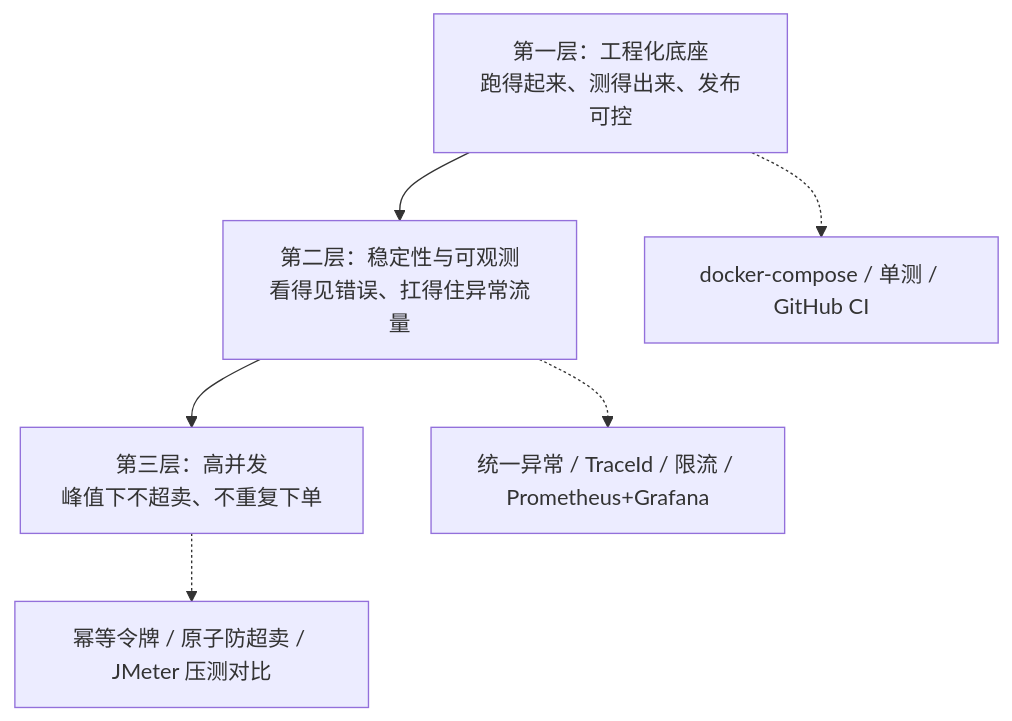
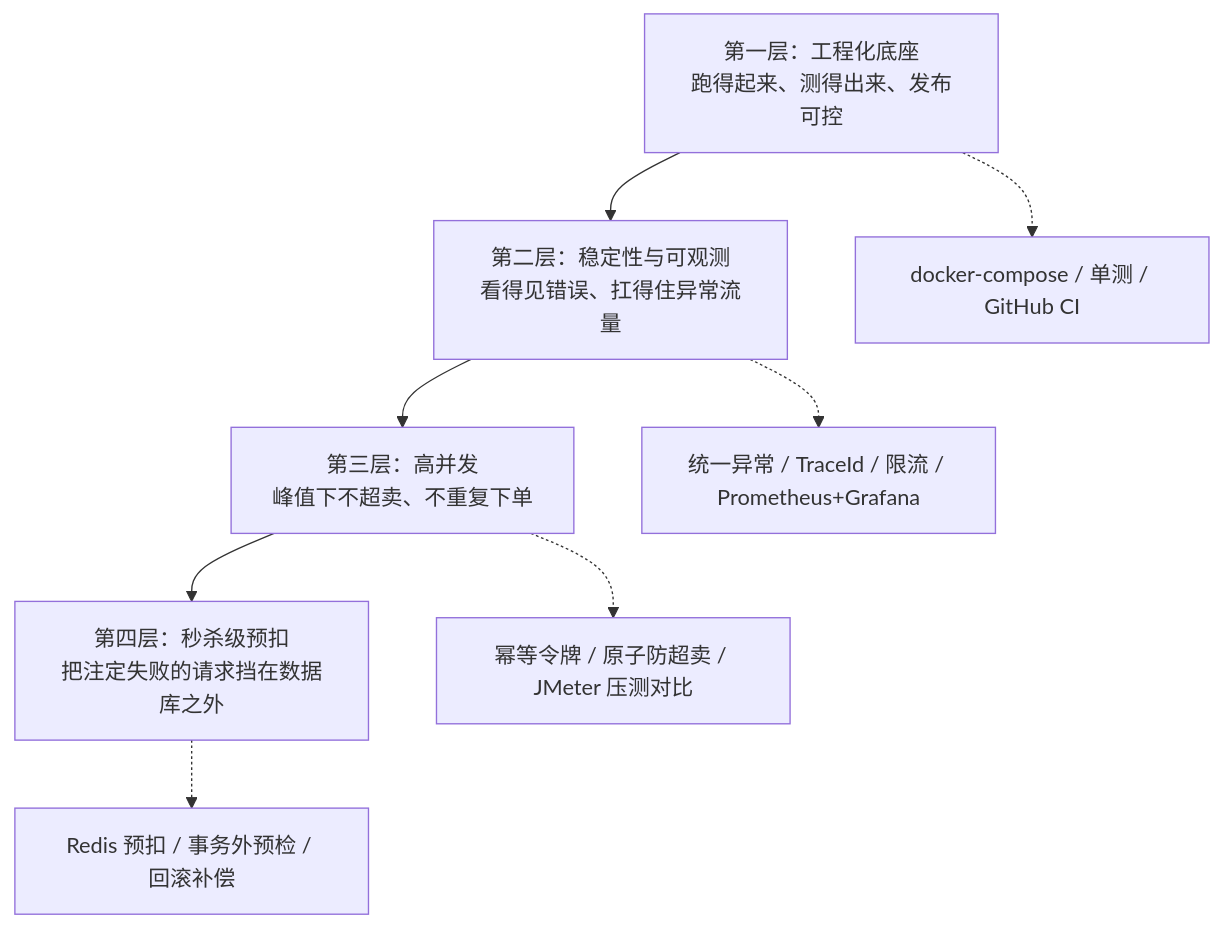
One commit to ycjgood/mall changed the fourth of 5 diagrams in 项目架构与三层改造说明.md. Above: the diagram before and after it, drawn with Mermaid. The commit also changed other lines of this file and 9 other files, not shown here.

````diff
--- a/项目架构与三层改造说明.md
+++ b/项目架构与三层改造说明.md
@@ -141,7 +141,8 @@
 ```mermaid
 graph TB
-    L1["第一层：工程化底座<br/>跑得起来、测得出来、发布可控"] --> L2["第二层：稳定性与可观测<br/>看得见错误、扛得住异常流量"] --> L3["第三层：高并发<br/>峰值下不超卖、不重复下单"]
+    L1["第一层：工程化底座<br/>跑得起来、测得出来、发布可控"] --> L2["第二层：稳定性与可观测<br/>看得见错误、扛得住异常流量"] --> L3["第三层：高并发<br/>峰值下不超卖、不重复下单"] --> L4["第四层：秒杀级预扣<br/>把注定失败的请求挡在数据库之外"]
     L1 -.-> C1["docker-compose / 单测 / GitHub CI"]
     L2 -.-> C2["统一异常 / TraceId / 限流 / Prometheus+Grafana"]
     L3 -.-> C3["幂等令牌 / 原子防超卖 / JMeter 压测对比"]
+    L4 -.-> C4["Redis 预扣 / 事务外预检 / 回滚补偿"]
 ```
````
